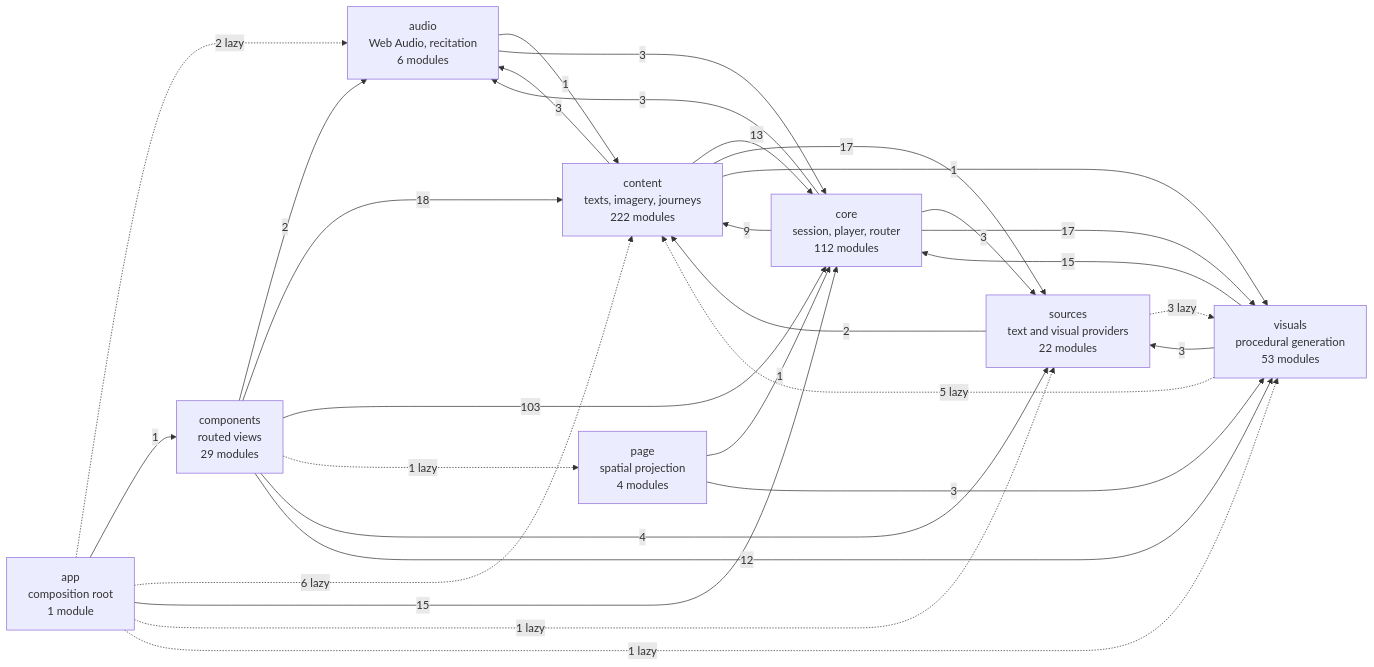
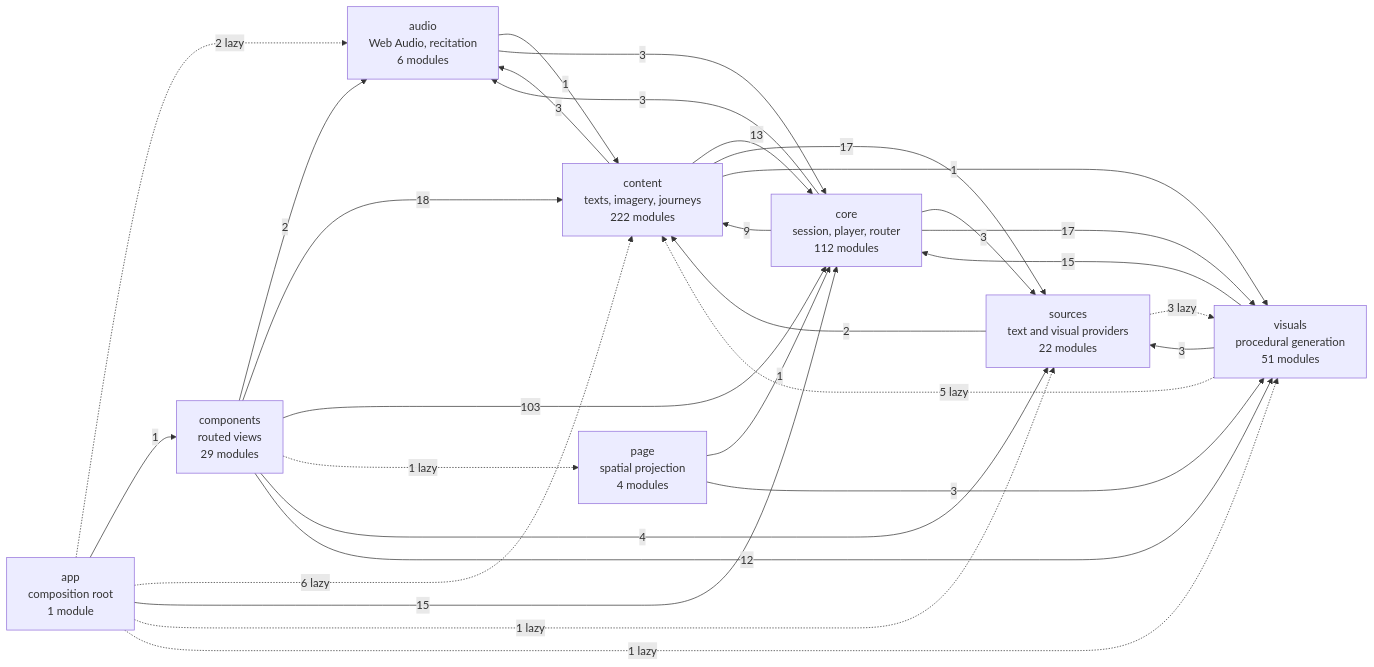
One commit to SyberLabs/RISE changed the diagram in docs/specs/ARCHITECTURE.md. Above: the diagram before and after it, drawn with Mermaid. The commit also changed 19 other files, not shown here.

````diff
--- a/docs/specs/ARCHITECTURE.md
+++ b/docs/specs/ARCHITECTURE.md
@@ -149,41 +149,41 @@
 ```mermaid
 flowchart LR
     app["app<br/>composition root<br/>1 module"]
     audio["audio<br/>Web Audio, recitation<br/>6 modules"]
     components["components<br/>routed views<br/>29 modules"]
     content["content<br/>texts, imagery, journeys<br/>222 modules"]
     core["core<br/>session, player, router<br/>112 modules"]
     page["page<br/>spatial projection<br/>4 modules"]
     sources["sources<br/>text and visual providers<br/>22 modules"]
-    visuals["visuals<br/>procedural generation<br/>53 modules"]
+    visuals["visuals<br/>procedural generation<br/>51 modules"]
 
     app -.-> |2 lazy| audio
     app --> |1| components
     app -.-> |6 lazy| content
     app --> |15| core
     app -.-> |1 lazy| sources
     app -.-> |1 lazy| visuals
     audio --> |1| content
     audio --> |3| core
     components --> |2| audio
     components --> |18| content
     components --> |103| core
     components -.-> |1 lazy| page
     components --> |4| sources
     components --> |12| visuals
     content --> |3| audio
     content --> |13| core
     content --> |17| sources
     content --> |1| visuals
     core --> |3| audio
     core --> |9| content
     core --> |3| sources
     core --> |17| visuals
     page --> |1| core
     page --> |3| visuals
     sources --> |2| content
     sources -.-> |3 lazy| visuals
     visuals -.-> |5 lazy| content
     visuals --> |15| core
     visuals --> |3| sources
 ```
````
